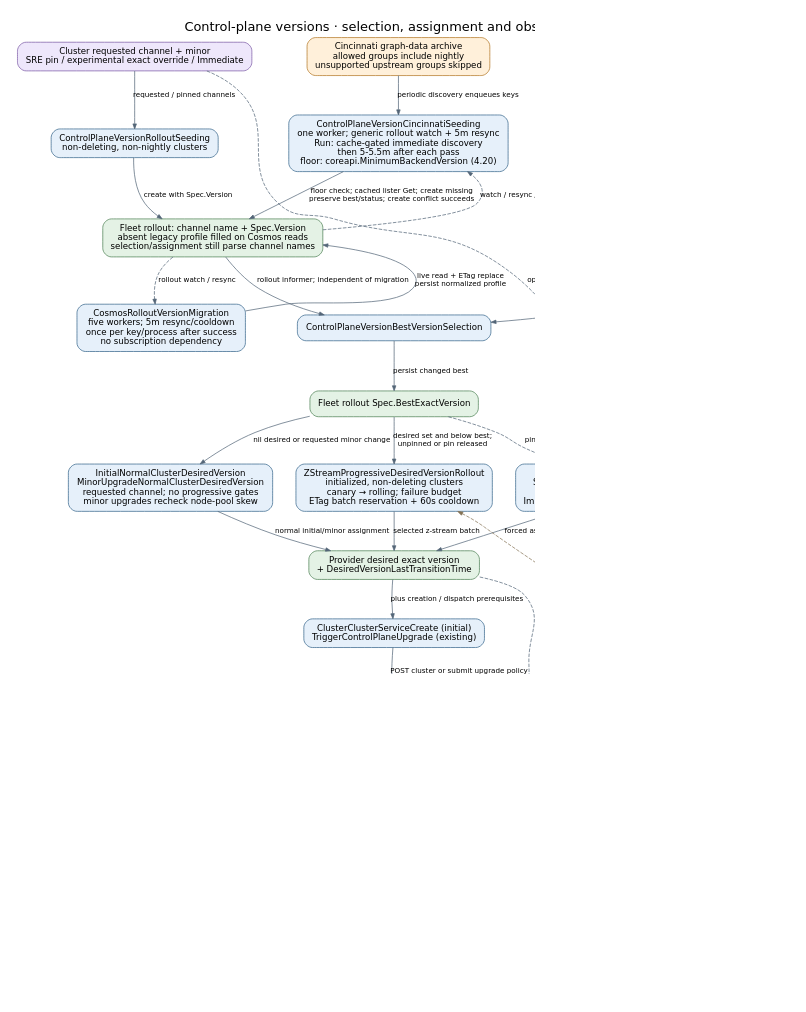
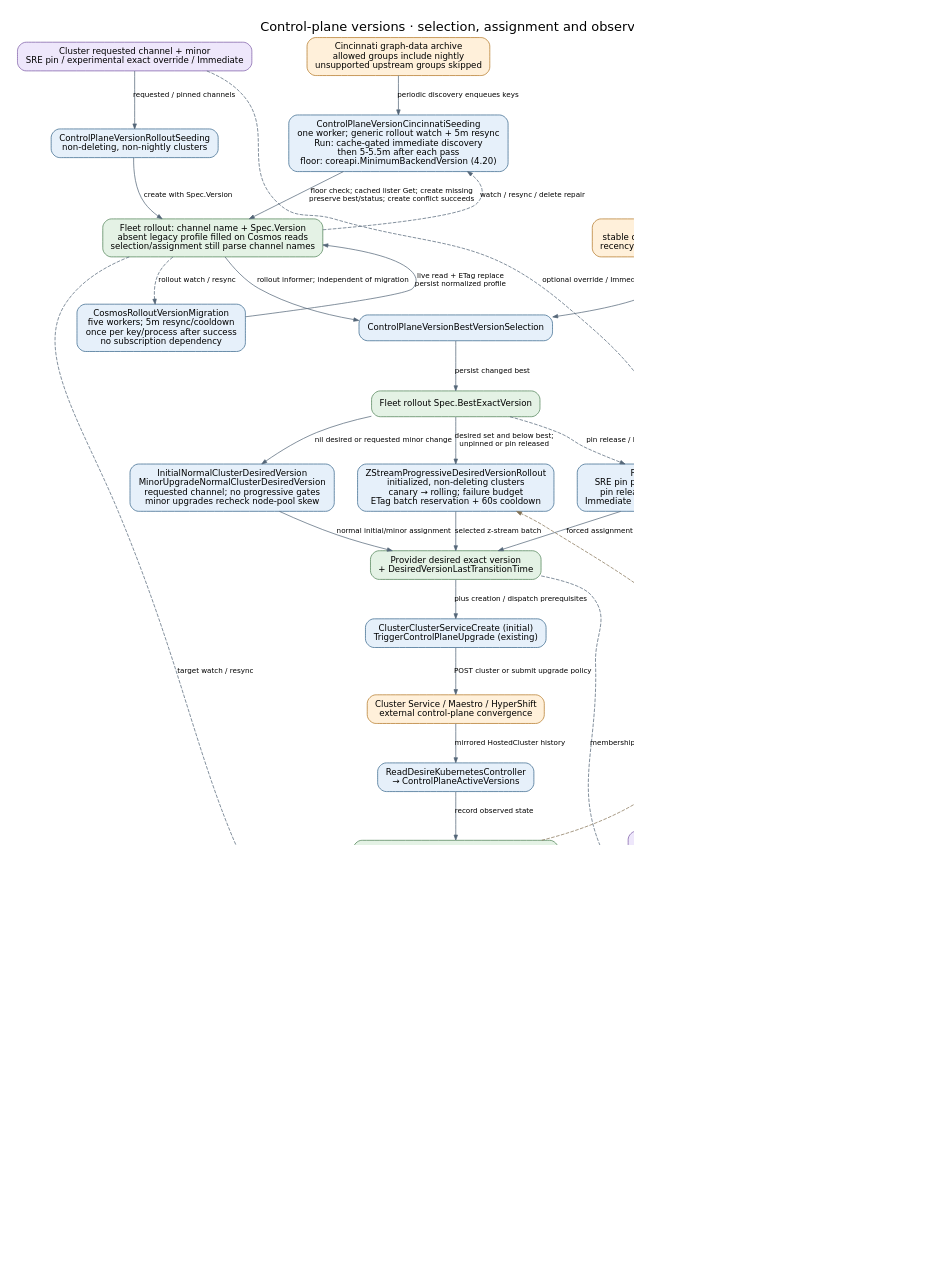
One commit to Azure/ARO-HCP changed the diagram in docs/diagrams/controller-flows/control-plane-version-rollout.dot. Above: the diagram before and after it, drawn with Graphviz. The commit also changed 29 other files, not shown here.

```diff
--- a/docs/diagrams/controller-flows/control-plane-version-rollout.dot
+++ b/docs/diagrams/controller-flows/control-plane-version-rollout.dot
@@ -1,49 +1,58 @@
 digraph control_plane_version_rollout {
   graph [rankdir=TB, bgcolor="white", pad="0.3", nodesep="0.45", ranksep="0.6", fontname="DejaVu Sans", fontsize=18, labelloc=t, label="Control-plane versions · selection, assignment and observed progress", dpi=110];
   node [shape=box, style="rounded,filled", fillcolor="#e6f0fa", color="#35648a", fontname="DejaVu Sans", fontsize=12, margin="0.16,0.10"];
   edge [color="#536577", fontname="DejaVu Sans", fontsize=10, arrowsize=0.7];
   request [label="Cluster requested channel + minor\nSRE pin / experimental exact override / Immediate", fillcolor="#eee7fb", color="#7b59a4"];
   seed [label="ControlPlaneVersionRolloutSeeding\nnon-deleting, non-nightly clusters"];
   discovery [label="Cincinnati graph-data archive\nallowed groups include nightly\nunsupported upstream groups skipped", fillcolor="#fff0da", color="#b27624"];
   cincinnati [label="ControlPlaneVersionCincinnatiSeeding\none worker; generic rollout watch + 5m resync\nRun: cache-gated immediate discovery\nthen 5-5.5m after each pass\nfloor: coreapi.MinimumBackendVersion (4.20)"];
   rollout [label="Fleet rollout: channel name + Spec.Version\nabsent legacy profile filled on Cosmos reads\nselection/assignment still parse channel names", fillcolor="#e4f2e5", color="#4c8053"];
+  references [label="Cached Cluster / SPC reference inventory\nincludes deleting clusters; requested / desired / active\nexperimental exact override + pin ExactVersion\nUntilExactVersion is the pin's release threshold", fillcolor="#eee7fb", color="#7b59a4"];
+  retirement [label="ControlPlaneVersionRolloutRetirement\none worker; cache-gated rollout watch + 5m resync\ncached profile below coreapi.MinimumBackendVersion\n+ explicit zero ReferencingClusterCount\nprecondition failure: wait for watch/resync reevaluation"];
+  retired [label="Conditionally soft-delete below-floor Fleet rollout\nprotect newer persisted rollout state / reference count\nnot a transactional Cluster / SPC reference check\nretain supported zero-member channels and state\noperational drain required before raising floor", fillcolor="#fff0da", color="#b27624"];
   migration [label="CosmosRolloutVersionMigration\nfive workers; 5m resync/cooldown\nonce per key/process after success\nno subscription dependency"];
   best [label="ControlPlaneVersionBestVersionSelection"];
   updategraph [label="OpenShift update graph\nstable offset 1; other channels offset 0\nrecency only; risk filtering is a follow-up", fillcolor="#fff0da", color="#b27624"];
   target [label="Fleet rollout Spec.BestExactVersion", fillcolor="#e4f2e5", color="#4c8053"];
   initial [label="InitialNormalClusterDesiredVersion\nMinorUpgradeNormalClusterDesiredVersion\nrequested channel; no progressive gates\nminor upgrades recheck node-pool skew"];
   normal [label="ZStreamProgressiveDesiredVersionRollout\ninitialized, non-deleting clusters\ncanary → rolling; failure budget\nETag batch reservation + 60s cooldown"];
   forced [label="ForcedClusterDesiredVersion\nSRE pin precedes experimental exact version\npin release at UntilExactVersion; otherwise\nImmediate follows best without progressive gates"];
   desired [label="Provider desired exact version\n+ DesiredVersionLastTransitionTime", fillcolor="#e4f2e5", color="#4c8053"];
   dispatch [label="ClusterClusterServiceCreate (initial)\nTriggerControlPlaneUpgrade (existing)"];
   external [label="Cluster Service / Maestro / HyperShift\nexternal control-plane convergence", fillcolor="#fff0da", color="#b27624"];
   observe [label="ReadDesireKubernetesController\n→ ControlPlaneActiveVersions"];
   history [label="Provider active versions + transition times\nCompleted entry confirms achieved version", fillcolor="#e4f2e5", color="#4c8053"];
-  status [label="ControlPlaneVersionStatusCollector\nexclude missing / deleting clusters\naggregate counts; no assignments"];
+  status [label="ControlPlaneVersionStatusCollector\nsame fetched Cluster / SPC slices for references and progress\nreference count: include deleting clusters\nprogress maps: exclude missing / deleting clusters\ninput errors: preserve all prior status; queue retry"];
+  refcount [label="Fleet Status.ReferencingClusterCount (*int64)\nunique parent clusters across all references\nnil: not yet observed and published\nzero: last successfully published inventory found no references", fillcolor="#e4f2e5", color="#4c8053"];
   counts [label="Fleet status: desired / mismatched / failed\nachieved / successful\nsuccess age > 1h; mismatch timeout > 2h default", fillcolor="#e4f2e5", color="#4c8053"];
   request -> seed [label="requested / pinned channels"];
   seed -> rollout [label="create with Spec.Version"];
   discovery -> cincinnati [label="periodic discovery enqueues keys"];
   cincinnati -> rollout [label="floor check; cached lister Get; create missing\npreserve best/status; create conflict succeeds"];
   rollout -> cincinnati [label="watch / resync / delete repair", style=dashed, constraint=false];
+  rollout -> retirement [label="target watch / resync", style=dashed, constraint=false];
+  references -> status [label="cached inventory + mapped old/new events\nadd / delete / tombstone / 5m resync", style=dashed];
+  status -> refcount [label="persist count from complete inventory"];
+  refcount -> retirement [label="asynchronously published cached status"];
+  retirement -> retired [label="DeleteWithETag(cached eligibility ETag)\ncompare live ETag; ReplaceItem with same IfMatchEtag\nabsent / already soft-deleted target succeeds"];
   rollout -> best [label="rollout informer; independent of migration"];
   rollout -> migration [label="rollout watch / resync", style=dashed];
   migration -> rollout [label="live read + ETag replace\npersist normalized profile", constraint=false];
   updategraph -> best [label="selectable version + configured floor"];
   best -> target [label="persist changed best"];
   target -> initial [label="nil desired or requested minor change"];
   target -> normal [label="desired set and below best;\nunpinned or pin released"];
   target -> forced [label="pin release / Immediate", style=dashed];
   request -> forced [label="optional override / Immediate", style=dashed, constraint=false];
   initial -> desired [label="normal initial/minor assignment"];
   normal -> desired [label="selected z-stream batch"];
   forced -> desired [label="forced assignment"];
   desired -> dispatch [label="plus creation / dispatch prerequisites"];
   dispatch -> external [label="POST cluster or submit upgrade policy"];
   external -> observe [label="mirrored HostedCluster history"];
   observe -> history [label="record observed state"];
   history -> status [label="completed version + age"];
   desired -> status [label="membership + target + age", style=dashed, constraint=false];
   status -> counts [label="persist only changed aggregates"];
   history -> normal [label="recompute decision counts\nfrom provider snapshot", style=dashed, color="#857456", constraint=false];
 }
```
